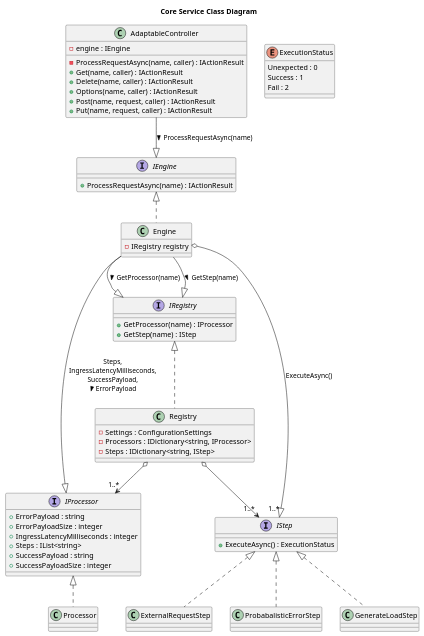
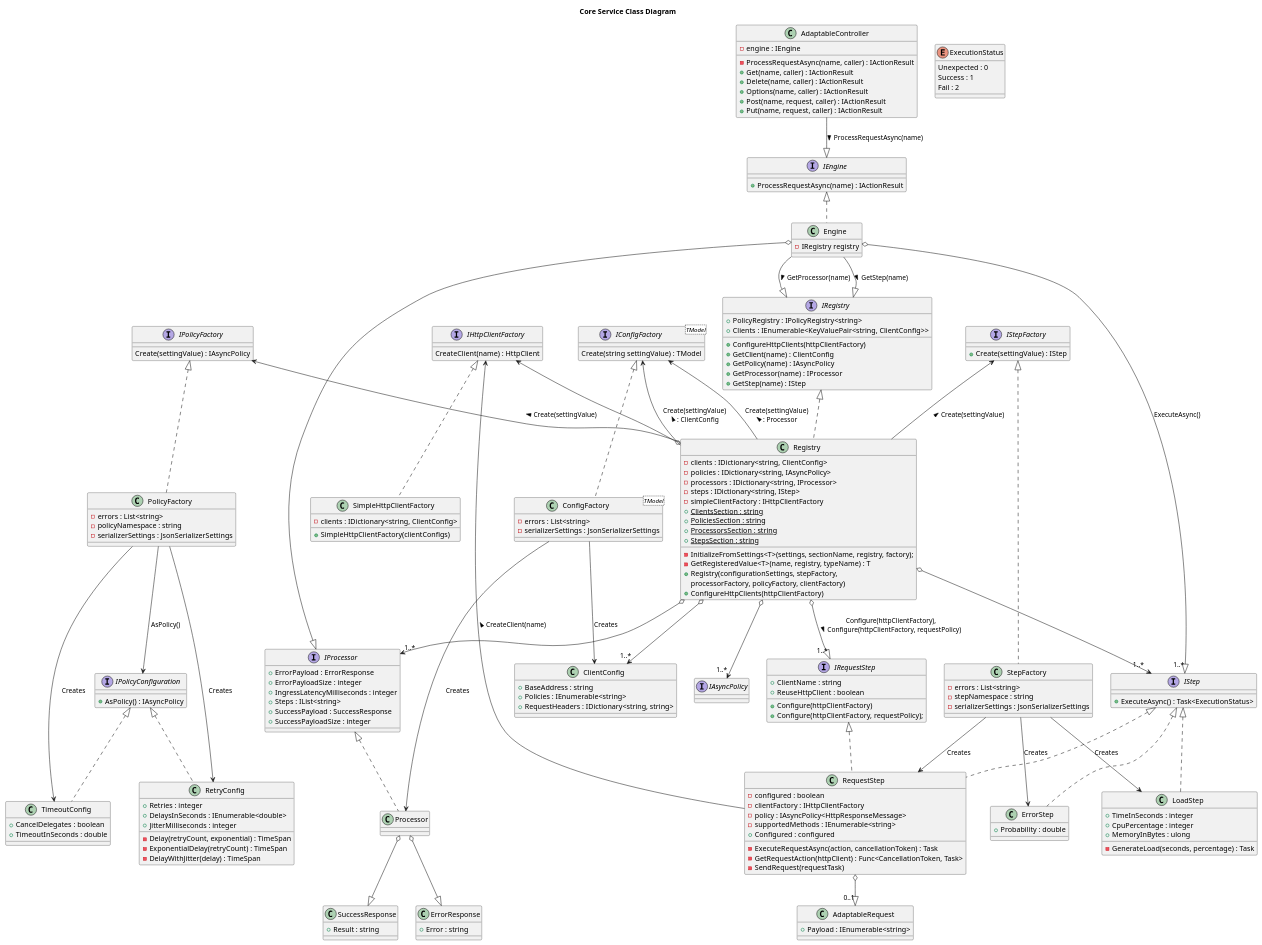
The diagram in plantuml_diagrams/Class_Diagram_CoreService.wsd (K-Cully/performance-of-microservices), drawn with PlantUML before and after one commit. The commit also changed 3 other files, not shown here.

Commit message:
Clean up TODOs and update class diagram

```diff
--- a/plantuml_diagrams/Class_Diagram_CoreService.wsd
+++ b/plantuml_diagrams/Class_Diagram_CoreService.wsd
@@ -20,27 +20,104 @@
 }
 
 interface IRegistry {
+    + PolicyRegistry : IPolicyRegistry<string>
+    + Clients : IEnumerable<KeyValuePair<string, ClientConfig>>
+    + ConfigureHttpClients(httpClientFactory)
+    + GetClient(name) : ClientConfig
+    + GetPolicy(name) : IAsyncPolicy
     + GetProcessor(name) : IProcessor
     + GetStep(name) : IStep
 }
 
 class Registry implements IRegistry {
-    - Settings : ConfigurationSettings
-    - Processors : IDictionary<string, IProcessor>
-    - Steps : IDictionary<string, IStep>
+    - clients : IDictionary<string, ClientConfig>
+    - policies : IDictionary<string, IAsyncPolicy>
+    - processors : IDictionary<string, IProcessor>
+    - steps : IDictionary<string, IStep>
+    - simpleClientFactory : IHttpClientFactory
+    + {static} ClientsSection : string
+    + {static} PoliciesSection : string
+    + {static} ProcessorsSection : string
+    + {static} StepsSection : string
+    - InitializeFromSettings<T>(settings, sectionName, registry, factory);
+    - GetRegisteredValue<T>(name, registry, typeName) : T
+    + Registry(configurationSettings, stepFactory,
+            processorFactory, policyFactory, clientFactory)
+    + ConfigureHttpClients(httpClientFactory)
 }
 
+
+interface IHttpClientFactory {
+    CreateClient(name) : HttpClient
+}
+
+class SimpleHttpClientFactory implements IHttpClientFactory {
+    - clients : IDictionary<string, ClientConfig>
+    + SimpleHttpClientFactory(clientConfigs)
+}
+
+
+interface IAsyncPolicy
+
+interface IPolicyConfiguration {
+    + AsPolicy() : IAsyncPolicy
+}
+
+class TimeoutConfig implements IPolicyConfiguration {
+    + CancelDelegates : boolean
+    + TimeoutInSeconds : double
+}
+
+class RetryConfig implements IPolicyConfiguration {
+    + Retries : integer
+    + DelaysInSeconds : IEnumerable<double>
+    + JitterMilliseconds : integer
+    - Delay(retryCount, exponential) : TimeSpan
+    - ExponentialDelay(retryCount) : TimeSpan
+    - DelayWithJitter(delay) : TimeSpan
+}
+
+interface IPolicyFactory {
+    Create(settingValue) : IAsyncPolicy
+}
+
+class PolicyFactory implements IPolicyFactory {
+    - errors : List<string>
+    - policyNamespace : string
+    - serializerSettings : JsonSerializerSettings
+}
+
+
+interface IConfigFactory<TModel> {
+    Create(string settingValue) : TModel
+}
+
+class ConfigFactory<TModel> implements IConfigFactory {
+    - errors : List<string>
+    - serializerSettings : JsonSerializerSettings
+}
+
+
 interface IProcessor {
-    + ErrorPayload : string
+    + ErrorPayload : ErrorResponse
     + ErrorPayloadSize : integer
     + IngressLatencyMilliseconds : integer
     + Steps : IList<string>
-    + SuccessPayload : string
+    + SuccessPayload : SuccessResponse
     + SuccessPayloadSize : integer
+}
+
+Class SuccessResponse {
+    + Result : string
+}
+
+Class ErrorResponse {
+    + Error : string
 }
 
 class Processor implements IProcessor {
 }
+
 
 enum ExecutionStatus {
     Unexpected : 0
@@ -48,21 +125,94 @@
     Fail : 2
 }
 
+
 interface IStep {
-    + ExecuteAsync() : ExecutionStatus
+    + ExecuteAsync() : Task<ExecutionStatus>
 }
 
-class GenerateLoadStep implements IStep
-class ExternalRequestStep implements IStep
-class ProbabalisticErrorStep implements IStep
+interface IStepFactory {
+    + Create(settingValue) : IStep
+}
+
+class StepFactory implements IStepFactory {
+    - errors : List<string>
+    - stepNamespace : string
+    - serializerSettings : JsonSerializerSettings
+}
+
+interface IRequestStep {
+    + ClientName : string
+    + ReuseHttpClient : boolean
+    + Configure(httpClientFactory)
+    + Configure(httpClientFactory, requestPolicy);
+}
+
+class RequestStep implements IStep, IRequestStep {
+    - configured : boolean
+    - clientFactory : IHttpClientFactory
+    - policy : IAsyncPolicy<HttpResponseMessage>
+    - supportedMethods : IEnumerable<string>
+    + Configured : configured
+    - ExecuteRequestAsync(action, cancellationToken) : Task
+    - GetRequestAction(httpClient) : Func<CancellationToken, Task>
+    - SendRequest(requestTask)
+}
+
+class LoadStep implements IStep {
+    + TimeInSeconds : integer
+    + CpuPercentage : integer
+    + MemoryInBytes : ulong
+    - GenerateLoad(seconds, percentage) : Task
+}
+
+class ErrorStep implements IStep {
+    + Probability : double
+}
+
+class AdaptableRequest {
+    + Payload : IEnumerable<string>
+}
+
+
+class ClientConfig {
+    + BaseAddress : string
+    + Policies : IEnumerable<string>
+    + RequestHeaders : IDictionary<string, string>
+}
+
 
 AdaptableController --|> IEngine : ProcessRequestAsync(name) >
+
 Engine --|> IRegistry : GetProcessor(name) >
-Engine --|> IProcessor : Steps,\nIngressLatencyMilliseconds,\nSuccessPayload,\nErrorPayload >
+Engine o--|> IProcessor
 Engine --|> IRegistry : GetStep(name) >
 Engine o--|> "1..*" IStep : ExecuteAsync()
 
+IConfigFactory <-- Registry : Create(settingValue)\n : Processor <
+IConfigFactory <-- Registry : Create(settingValue)\n : ClientConfig <
+IStepFactory <-- Registry : Create(settingValue) <
+IPolicyFactory <-- Registry : Create(settingValue) <
+IHttpClientFactory <--o Registry
 Registry o--> "1..*" IStep
-Registry o--> "1..*" IProcessor 
+Registry o--> "1..*" IProcessor
+Registry o--> "1..*" ClientConfig
+Registry o--> "1..*" IAsyncPolicy
+Registry o--|> "1..*" IRequestStep : Configure(httpClientFactory),\nConfigure(httpClientFactory, requestPolicy)  >
+
+Processor o--|> SuccessResponse
+Processor o--|> ErrorResponse
+
+IHttpClientFactory <-- RequestStep : CreateClient(name) <
+RequestStep o--|> "0..1" AdaptableRequest
+
+ConfigFactory --> Processor : Creates
+ConfigFactory --> ClientConfig : Creates
+StepFactory --> RequestStep : Creates
+StepFactory --> LoadStep : Creates
+StepFactory --> ErrorStep : Creates
+
+PolicyFactory --> RetryConfig : Creates
+PolicyFactory --> TimeoutConfig : Creates
+PolicyFactory --> IPolicyConfiguration : AsPolicy()
 
 @enduml
```
